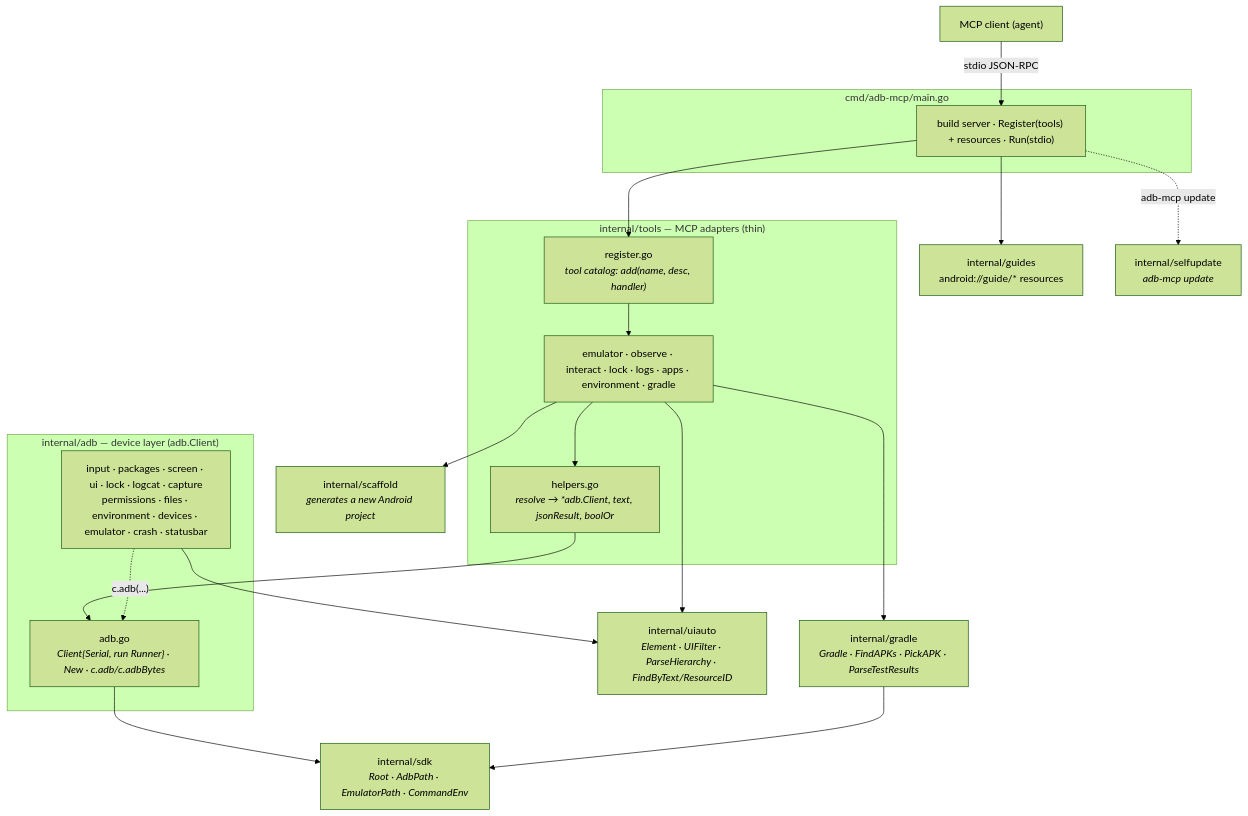
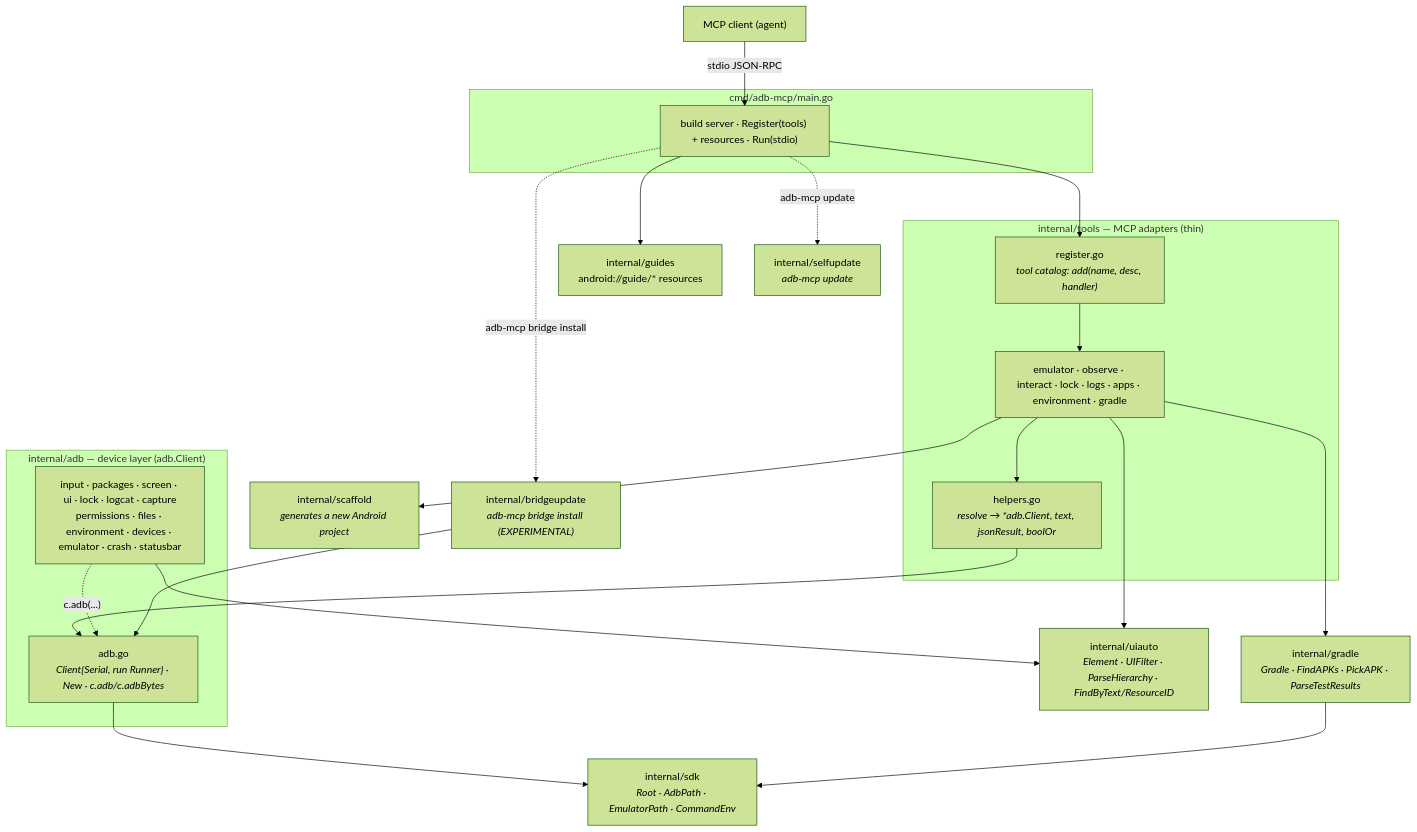
The diagram in ARCHITECTURE.md (iksnerd/adb-mcp), drawn with Mermaid (forest theme) before and after one commit. The commit also changed other lines of this file and 30 other files, not shown here.

````diff
--- a/ARCHITECTURE.md
+++ b/ARCHITECTURE.md
@@ -29,43 +36,46 @@
 ```mermaid
 flowchart TB
     client["MCP client (agent)"]
 
     subgraph entry["cmd/adb-mcp/main.go"]
         server["build server · Register(tools) + resources · Run(stdio)"]
     end
 
     subgraph tools["internal/tools — MCP adapters (thin)"]
         register["register.go<br/><i>tool catalog: add(name, desc, handler)</i>"]
         t_files["emulator · observe · interact · lock · logs · apps · environment · gradle"]
         t_helpers["helpers.go<br/><i>resolve → *adb.Client, text, jsonResult, boolOr</i>"]
     end
 
     subgraph adb["internal/adb — device layer (adb.Client)"]
         client_t["adb.go<br/><i>Client{Serial, run Runner} · New · c.adb/c.adbBytes</i>"]
         a_cmds["input · packages · screen · ui · lock · logcat · capture<br/>permissions · files · environment · devices · emulator · crash · statusbar"]
     end
 
     gradle["internal/gradle<br/><i>Gradle · FindAPKs · PickAPK · ParseTestResults</i>"]
     uiauto["internal/uiauto<br/><i>Element · UIFilter · ParseHierarchy · FindByText/ResourceID</i>"]
     sdk["internal/sdk<br/><i>Root · AdbPath · EmulatorPath · CommandEnv</i>"]
     guides["internal/guides<br/>android://guide/* resources"]
     scaffold["internal/scaffold<br/><i>generates a new Android project</i>"]
     selfupdate["internal/selfupdate<br/><i>adb-mcp update</i>"]
+    bridgeupdate["internal/bridgeupdate<br/><i>adb-mcp bridge install (EXPERIMENTAL)</i>"]
 
     client -->|stdio JSON-RPC| server
     server --> register
     server --> guides
     server -. "adb-mcp update" .-> selfupdate
+    server -. "adb-mcp bridge install" .-> bridgeupdate
     register --> t_files
     t_files --> t_helpers
 
     t_helpers --> client_t
     t_files --> gradle
     t_files --> uiauto
     t_files --> scaffold
 
     a_cmds -. "c.adb(...)" .-> client_t
     a_cmds --> uiauto
+    bridgeupdate --> client_t
     client_t --> sdk
     gradle --> sdk
 ```
````
